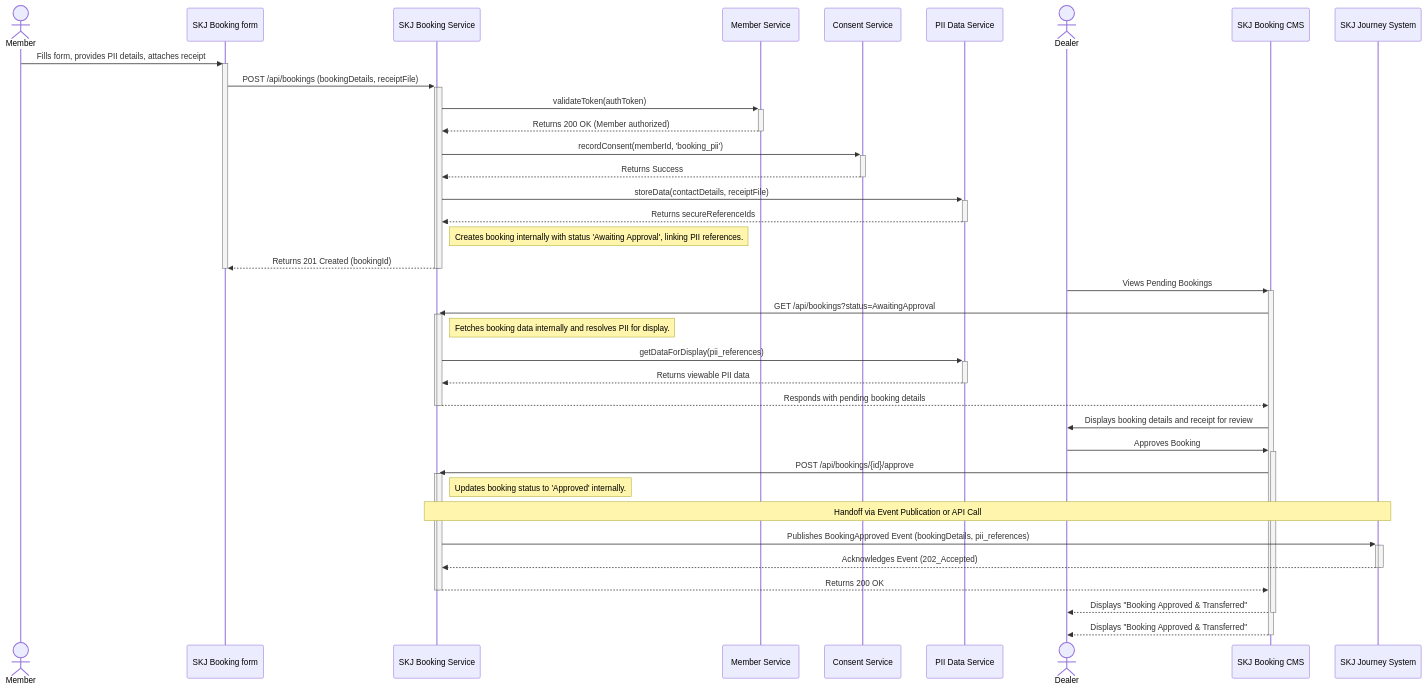
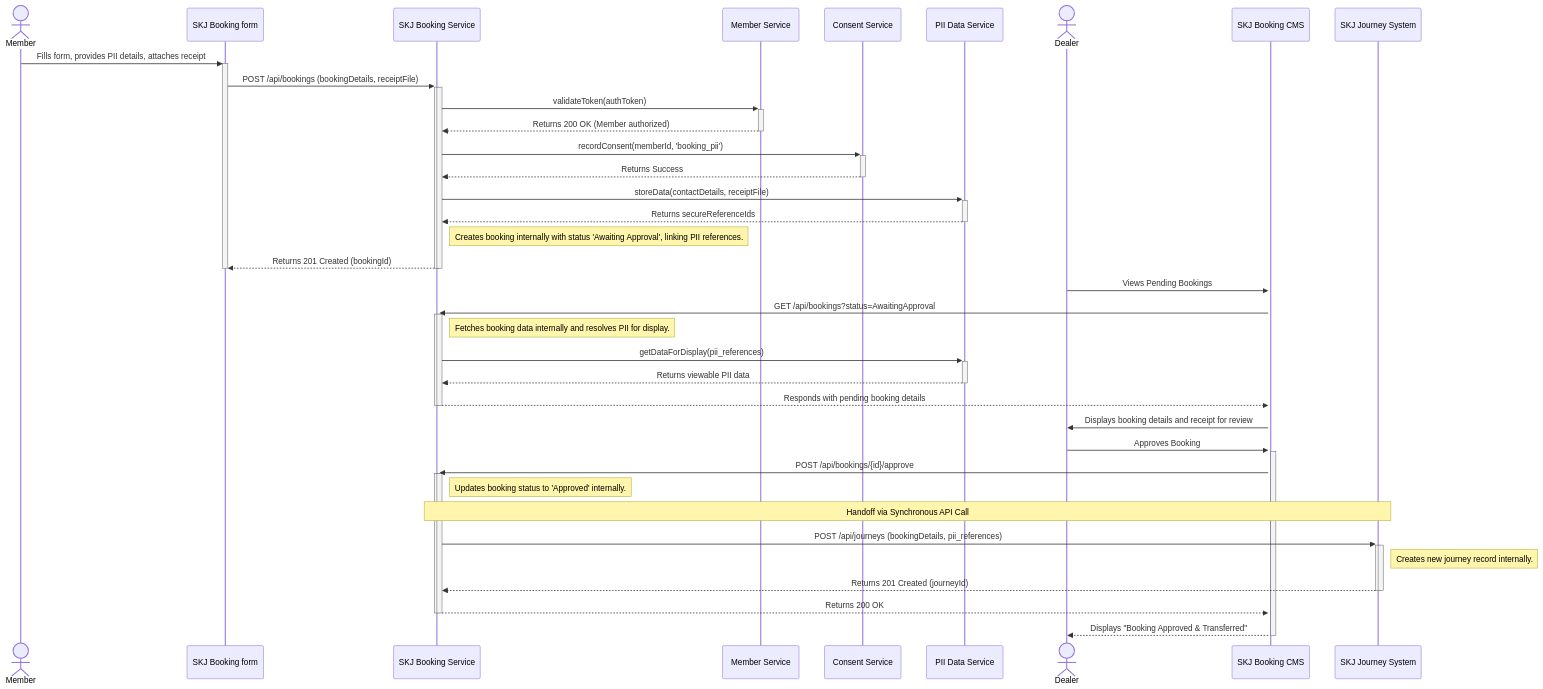
The diagram in design/booking.md (songvml/MST-SKJ-Booking), drawn with Mermaid before and after one commit.

````diff
--- a/design/booking.md
+++ b/design/booking.md
@@ -1,64 +1,63 @@
 ```mermaid
 sequenceDiagram
     actor Member
     participant SKJ Booking form
     participant SKJ Booking Service
     participant Member Service
     participant Consent Service
     participant PII Data Service
     actor Dealer
     participant SKJ Booking CMS
     participant SKJ Journey System
 
     Member->>+SKJ Booking form: Fills form, provides PII details, attaches receipt
     SKJ Booking form->>+SKJ Booking Service: POST /api/bookings (bookingDetails, receiptFile)
     
     activate SKJ Booking Service
     
     %% --- Validation and Secure Data Handling ---
     SKJ Booking Service->>+Member Service: validateToken(authToken)
     Member Service-->>-SKJ Booking Service: Returns 200 OK (Member authorized)
     
     SKJ Booking Service->>+Consent Service: recordConsent(memberId, 'booking_pii')
     Consent Service-->>-SKJ Booking Service: Returns Success
     
     SKJ Booking Service->>+PII Data Service: storeData(contactDetails, receiptFile)
     PII Data Service-->>-SKJ Booking Service: Returns secureReferenceIds
     
     Note right of SKJ Booking Service: Creates booking internally with status 'Awaiting Approval', linking PII references.
     SKJ Booking Service-->>-SKJ Booking form: Returns 201 Created (bookingId)
     deactivate SKJ Booking form
     
     deactivate SKJ Booking Service
 
     %% --- Dealer Approval Sub-flow ---
     Dealer->>+SKJ Booking CMS: Views Pending Bookings
     SKJ Booking CMS->>+SKJ Booking Service: GET /api/bookings?status=AwaitingApproval
     
     activate SKJ Booking Service
     Note right of SKJ Booking Service: Fetches booking data internally and resolves PII for display.
     SKJ Booking Service->>+PII Data Service: getDataForDisplay(pii_references)
     PII Data Service-->>-SKJ Booking Service: Returns viewable PII data
     SKJ Booking Service-->>-SKJ Booking CMS: Responds with pending booking details
     deactivate SKJ Booking Service
     
     SKJ Booking CMS->>Dealer: Displays booking details and receipt for review
     Dealer->>+SKJ Booking CMS: Approves Booking
     SKJ Booking CMS->>+SKJ Booking Service: POST /api/bookings/{id}/approve
     
     activate SKJ Booking Service
     Note right of SKJ Booking Service: Updates booking status to 'Approved' internally.
     
-    %% --- Handoff to Journey System ---
-    Note over SKJ Booking Service, SKJ Journey System: Handoff via Event Publication or API Call
-    SKJ Booking Service->>+SKJ Journey System: Publishes BookingApproved Event (bookingDetails, pii_references)
+    %% --- Handoff to Journey System via API---
+    Note over SKJ Booking Service, SKJ Journey System: Handoff via Synchronous API Call
+    SKJ Booking Service->>+SKJ Journey System: POST /api/journeys (bookingDetails, pii_references)
     activate SKJ Journey System
-    SKJ Journey System-->>-SKJ Booking Service: Acknowledges Event (202_Accepted)
+    Note right of SKJ Journey System: Creates new journey record internally.
+    SKJ Journey System-->>-SKJ Booking Service: Returns 201 Created (journeyId)
     deactivate SKJ Journey System
     
     SKJ Booking Service-->>-SKJ Booking CMS: Returns 200 OK
     deactivate SKJ Booking Service
     SKJ Booking CMS-->>-Dealer: Displays "Booking Approved & Transferred"
-
-    SKJ Booking CMS-->>-Dealer: Displays "Booking Approved & Transferred"
 ```
````
